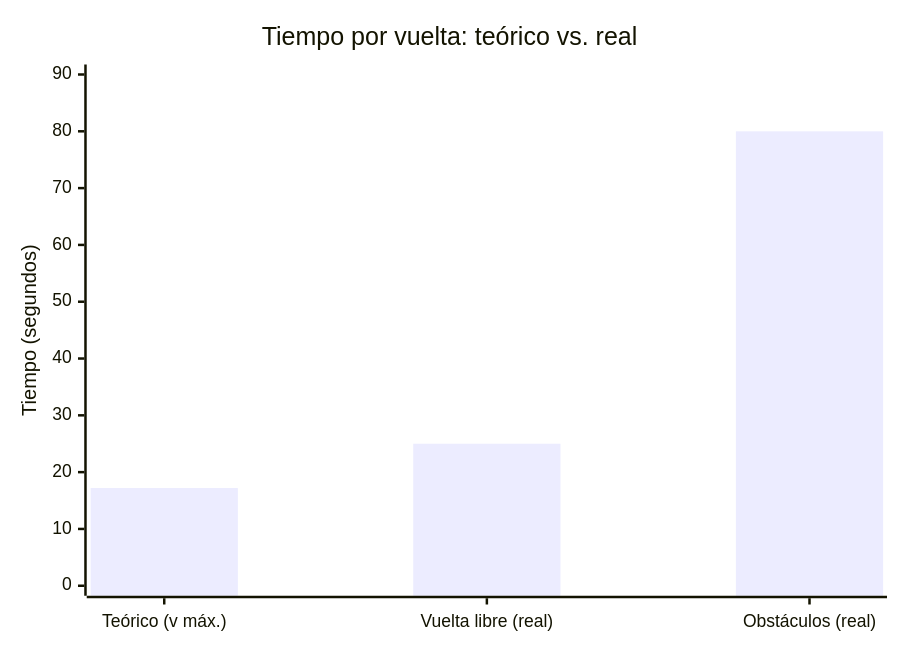
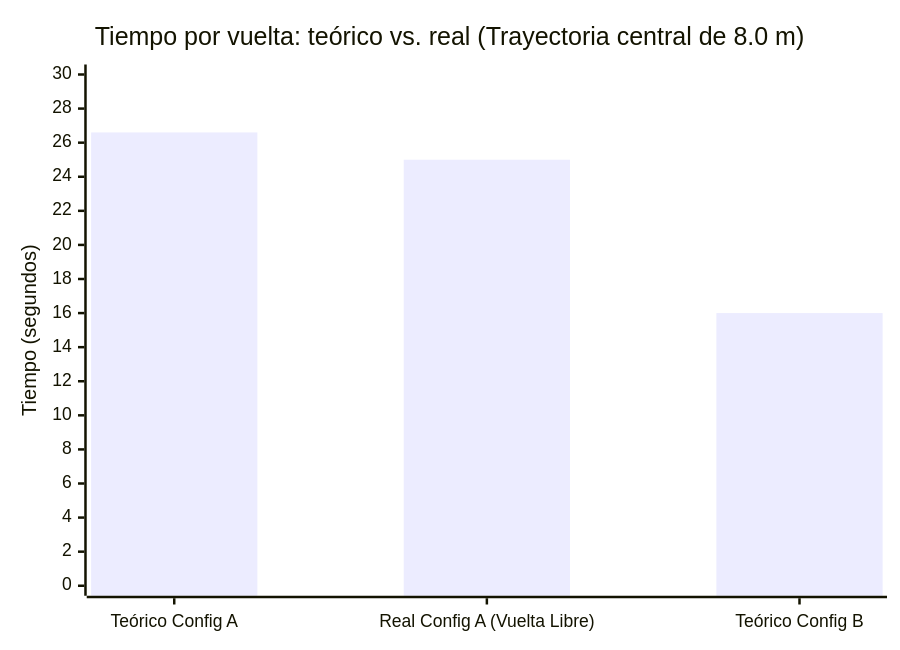
One commit to erchivox/Prometheus-Team-2026 changed the eighth of 18 diagrams in README.md. Above: the diagram before and after it, drawn with Mermaid. The commit also changed other lines of this file, not shown here.

````diff
--- a/README.md
+++ b/README.md
@@ -1286,7 +1287,7 @@
 ```mermaid
 xychart-beta
-    title "Tiempo por vuelta: teórico vs. real"
-    x-axis ["Teórico (v máx.)", "Vuelta libre (real)", "Obstáculos (real)"]
-    y-axis "Tiempo (segundos)" 0 --> 90
-    bar [17.2, 25, 80]
+    title "Tiempo por vuelta: teórico vs. real (Trayectoria central de 8.0 m)"
+    x-axis ["Teórico Config A", "Real Config A (Vuelta Libre)", "Teórico Config B"]
+    y-axis "Tiempo (segundos)" 0 --> 30
+    bar [26.6, 25.0, 16.0]
 ```
````
